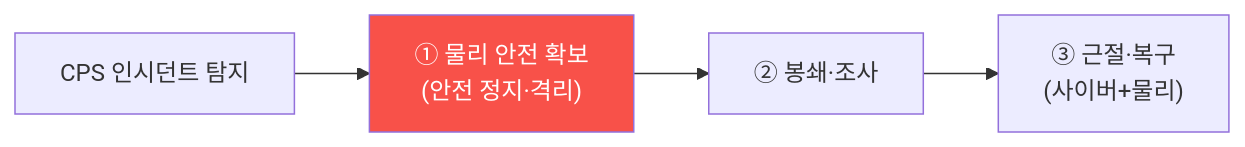
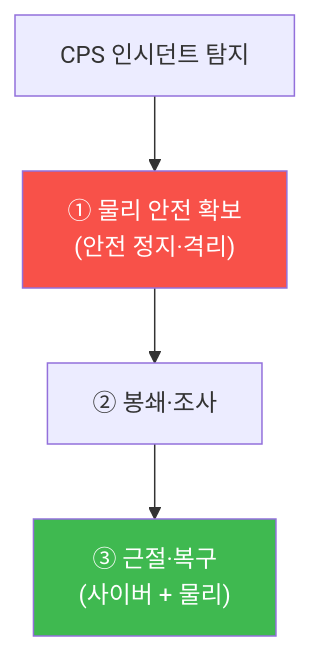
One commit to mrgrit/tw2 changed the diagram in contents/training/autonomous-systems/lecture_week14.md. Above: the diagram before and after it, drawn with Mermaid. The commit also changed other lines of this file, not shown here.

````diff
--- a/contents/training/autonomous-systems/lecture_week14.md
+++ b/contents/training/autonomous-systems/lecture_week14.md
@@ -55,7 +54,8 @@
 ```mermaid
-graph LR
+graph TD
     D["CPS 인시던트 탐지"] --> S["① 물리 안전 확보<br/>(안전 정지·격리)"]
     S --> C["② 봉쇄·조사"]
-    C --> E["③ 근절·복구<br/>(사이버+물리)"]
+    C --> E["③ 근절·복구<br/>(사이버 + 물리)"]
     style S fill:#f85149,color:#fff
+    style E fill:#3fb950,color:#fff
 ```
````
